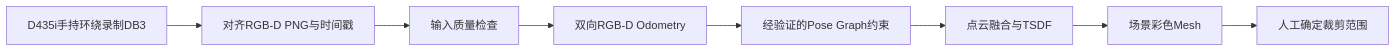
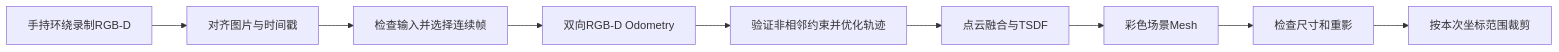
The diagram in README.md (lilili-maker/d435i-handheld-reconstruction), drawn with Mermaid before and after one commit. The commit also changed other lines of this file and 3 other files, not shown here.

````diff
--- a/README.md
+++ b/README.md
@@ -11,10 +11,11 @@
 ```mermaid
 flowchart LR
-    A[D435i手持环绕录制DB3] --> B[对齐RGB-D PNG与时间戳]
-    B --> C[输入质量检查]
+    A[手持环绕录制RGB-D] --> B[对齐图片与时间戳]
+    B --> C[检查输入并选择连续帧]
     C --> D[双向RGB-D Odometry]
-    D --> E[经验证的Pose Graph约束]
+    D --> E[验证非相邻约束并优化轨迹]
     E --> F[点云融合与TSDF]
-    F --> G[场景彩色Mesh]
-    G --> H[人工确定裁剪范围]
+    F --> G[彩色场景Mesh]
+    G --> H[检查尺寸和重影]
+    H --> I[按本次坐标范围裁剪]
 ```
````
